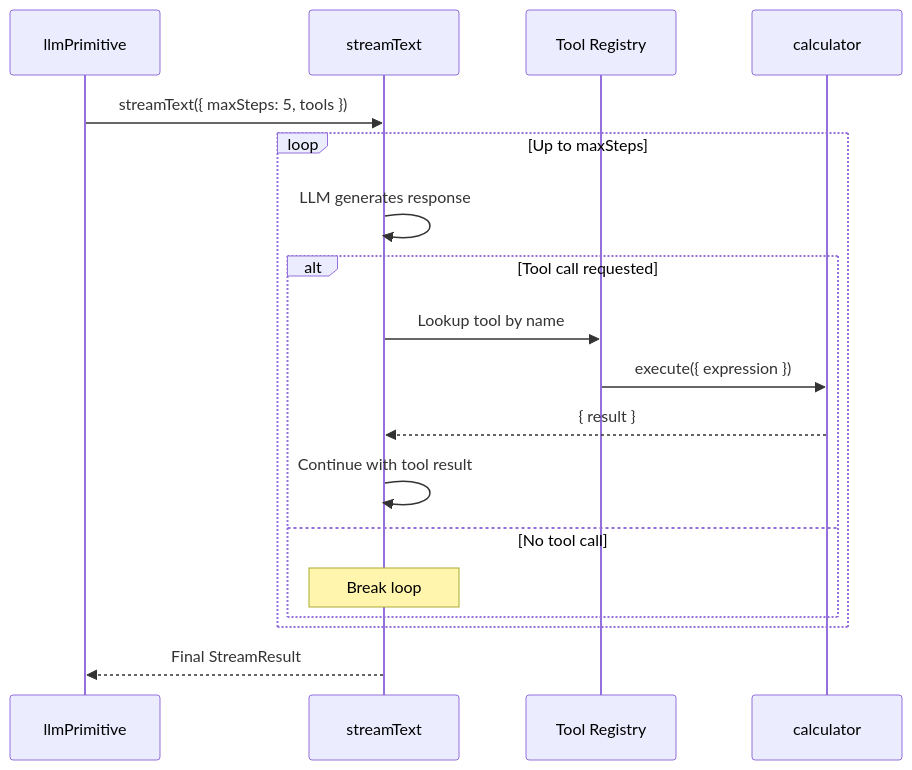
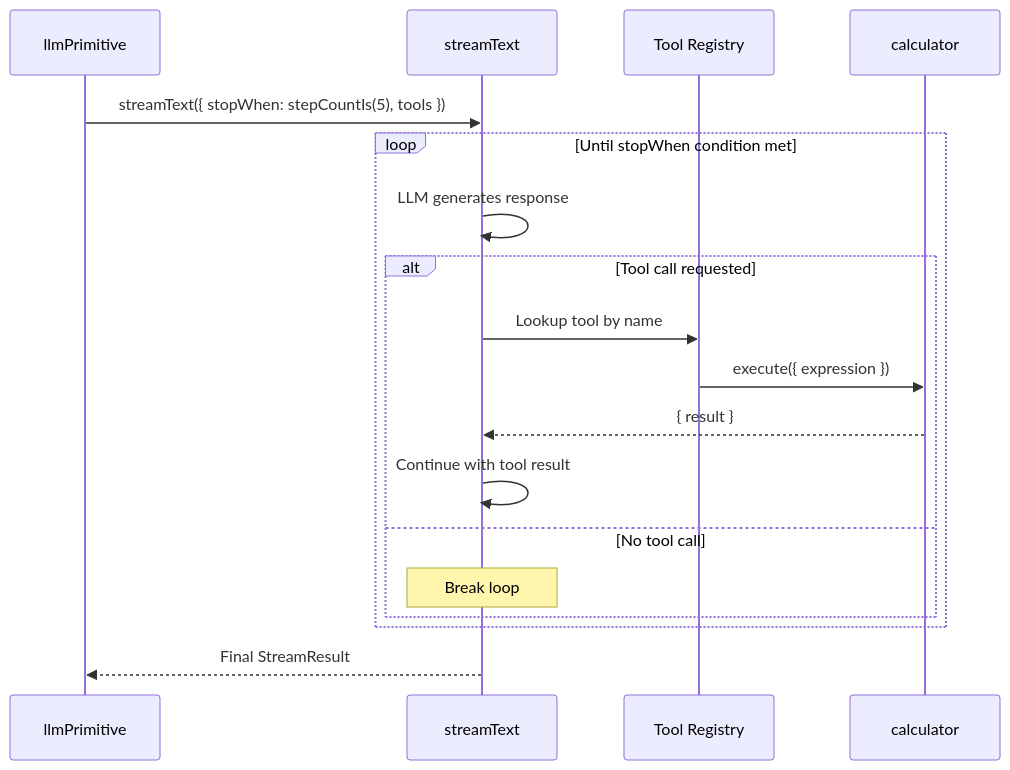
The second of 4 diagrams in packages/beddel/docs/architecture/core-workflows.md (botanarede/beddel-chat), drawn with Mermaid before and after one commit. The commit also changed 10 other files, not shown here.

````diff
--- a/packages/beddel/docs/architecture/core-workflows.md
+++ b/packages/beddel/docs/architecture/core-workflows.md
@@ -46,24 +46,24 @@
 ```mermaid
 sequenceDiagram
     participant LLM as llmPrimitive
     participant SDK as streamText
     participant Tools as Tool Registry
     participant Calc as calculator
 
-    LLM->>SDK: streamText({ maxSteps: 5, tools })
+    LLM->>SDK: streamText({ stopWhen: stepCountIs(5), tools })
     
-    loop Up to maxSteps
+    loop Until stopWhen condition met
         SDK->>SDK: LLM generates response
         
         alt Tool call requested
             SDK->>Tools: Lookup tool by name
             Tools->>Calc: execute({ expression })
             Calc-->>SDK: { result }
             SDK->>SDK: Continue with tool result
         else No tool call
             Note over SDK: Break loop
         end
     end
     
     SDK-->>LLM: Final StreamResult
 ```
````
